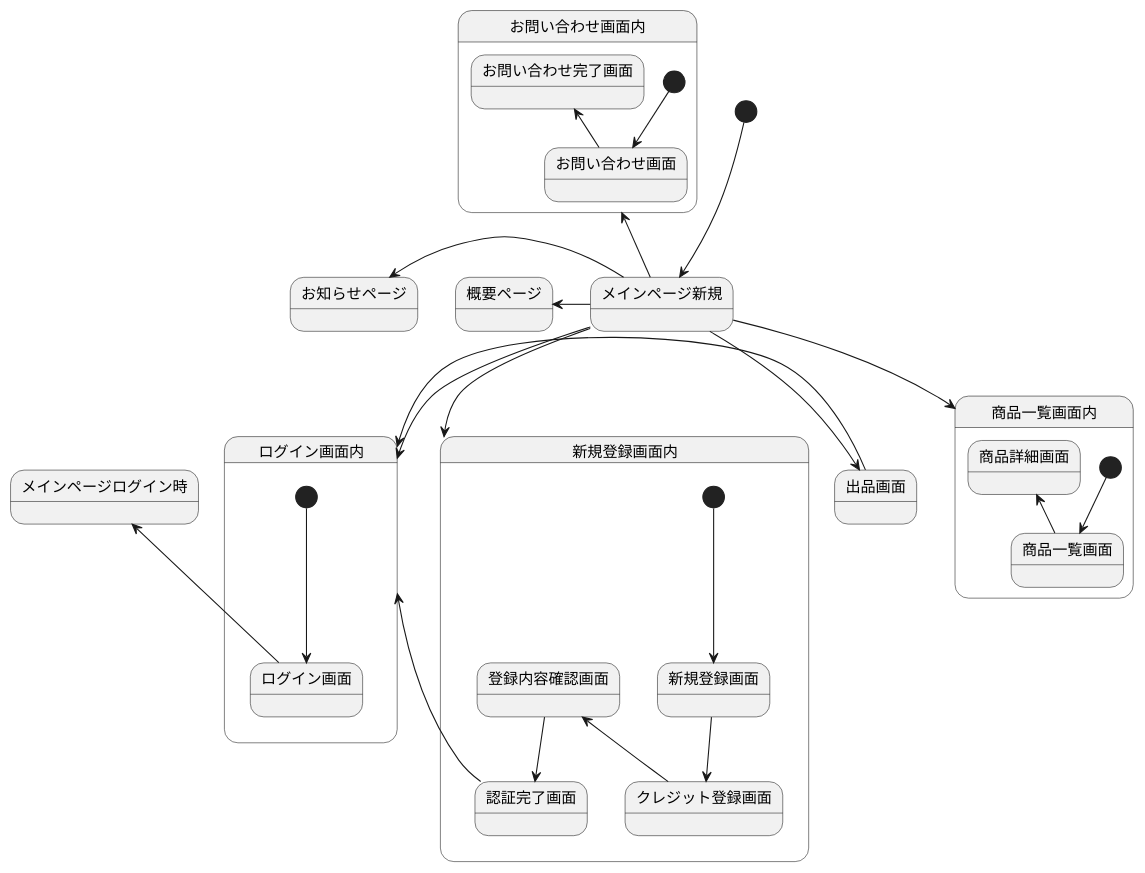
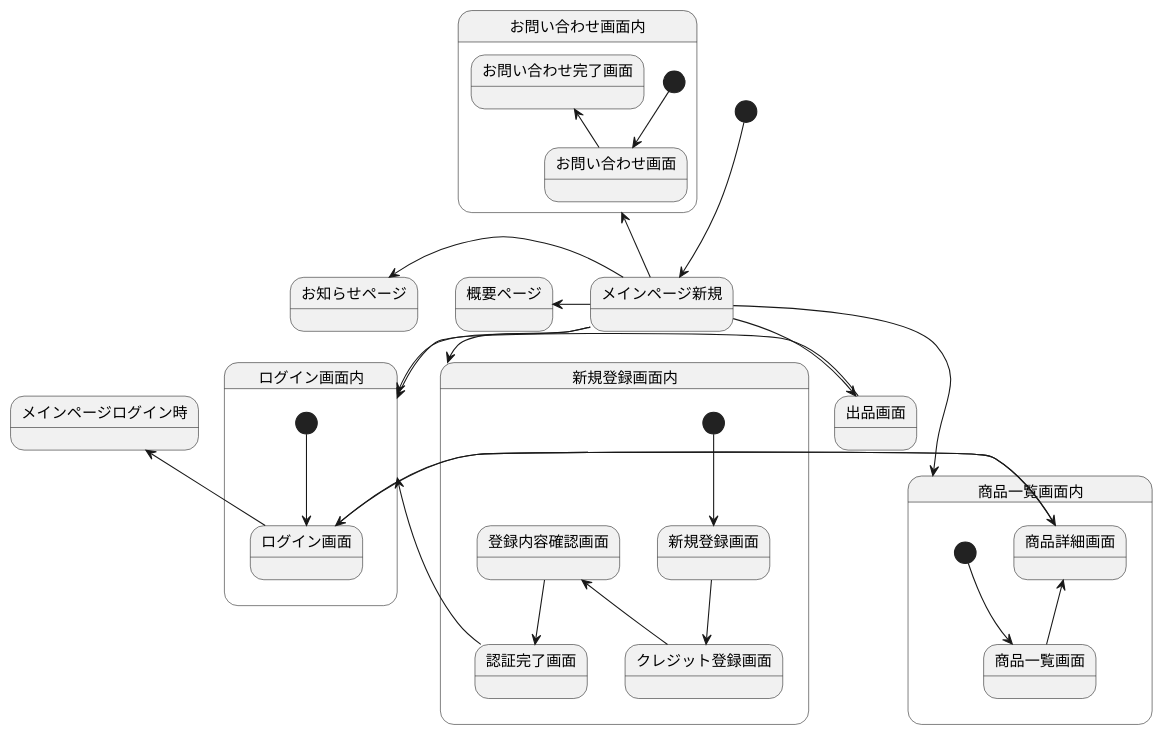
One commit to Aso2001147/2021SystemDesign changed the diagram in 画面遷移図.md. Above: the diagram before and after it, drawn with PlantUML.

````diff
--- a/画面遷移図.md
+++ b/画面遷移図.md
@@ -1,38 +1,42 @@
 ```uml
 @startuml
 [*] --> メインページ新規
 メインページ新規 -left-> 概要ページ
 メインページ新規 -up-> お問い合わせ画面内
 メインページ新規 -left-> お知らせページ
 メインページ新規 --> ログイン画面内
 メインページ新規 --> 商品一覧画面内
 メインページ新規 --> 新規登録画面内
 メインページ新規 -> 出品画面
 出品画面 -> ログイン画面内
 
 state 新規登録画面内{
 [*] --> 新規登録画面
 新規登録画面 -down-> クレジット登録画面
 クレジット登録画面 -up-> 登録内容確認画面
 登録内容確認画面 -down-> 認証完了画面
 認証完了画面 -up-> ログイン画面内
 }
 
 state ログイン画面内{
 [*] -down-> ログイン画面
 }
 
 ログイン画面 -up-> メインページログイン時
 
 state お問い合わせ画面内{
 [*] -down-> お問い合わせ画面
 お問い合わせ画面 -up-> お問い合わせ完了画面
 }
 
 state 商品一覧画面内{
 [*] -down-> 商品一覧画面
 商品一覧画面 -up-> 商品詳細画面
 }
 
+商品詳細画面 -> ログイン画面
+ログイン画面 -> 商品詳細画面
+
+
 @enduml
 ```
````
